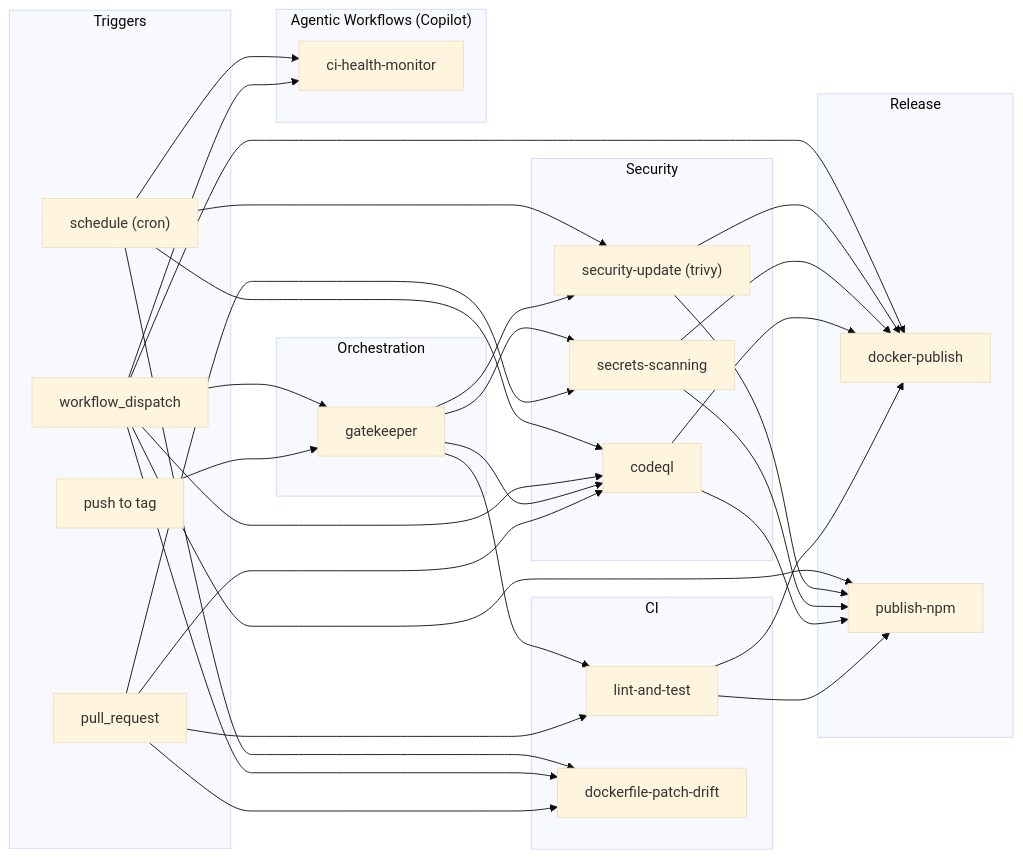
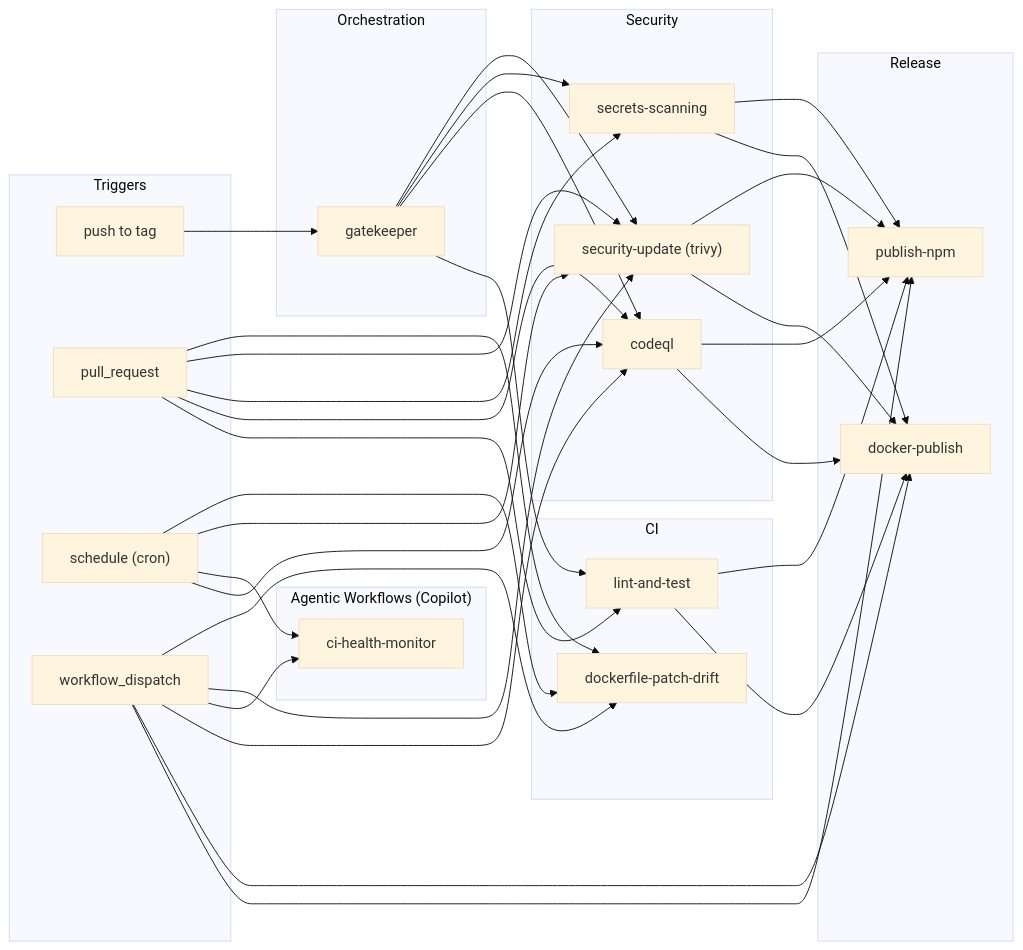
The diagram in .github/workflows/README.md (neverinfamous/mysql-mcp), drawn with Mermaid (base theme) before and after one commit. The commit also changed other lines of this file and 10 other files, not shown here.

````diff
--- a/.github/workflows/README.md
+++ b/.github/workflows/README.md
@@ -10,60 +10,61 @@
 ```mermaid
 flowchart LR
     subgraph Triggers["Triggers"]
         Tag["push to tag"]
         PR["pull_request"]
         Sched["schedule (cron)"]
         Manual["workflow_dispatch"]
     end
 
     subgraph Orchestration["Orchestration"]
         Gate["gatekeeper"]
     end
 
     subgraph CI["CI"]
         LT["lint-and-test"]
         DPD["dockerfile-patch-drift"]
     end
 
     subgraph Security["Security"]
         CQL["codeql"]
         SS["secrets-scanning"]
         SU["security-update (trivy)"]
     end
 
     subgraph Release_["Release"]
         DP["docker-publish"]
         NPM["publish-npm"]
     end
 
     subgraph Agentic["Agentic Workflows (Copilot)"]
         CHM["ci-health-monitor"]
     end
 
     PR --> LT
     PR --> CQL
     PR --> SS
+    PR --> SU
     PR --> DPD
 
     Tag --> Gate
-    Manual --> Gate
 
     Gate --> LT
     Gate --> CQL
     Gate --> SS
     Gate --> SU
 
     LT & CQL & SS & SU --> DP
     LT & CQL & SS & SU --> NPM
 
     Manual --> NPM
     Manual --> DP
     Manual --> CQL
     Manual --> CHM
+    Manual --> SU
     Manual --> DPD
 
     Sched --> CQL
     Sched --> CHM
     Sched --> SU
     Sched --> DPD
 ```
````
